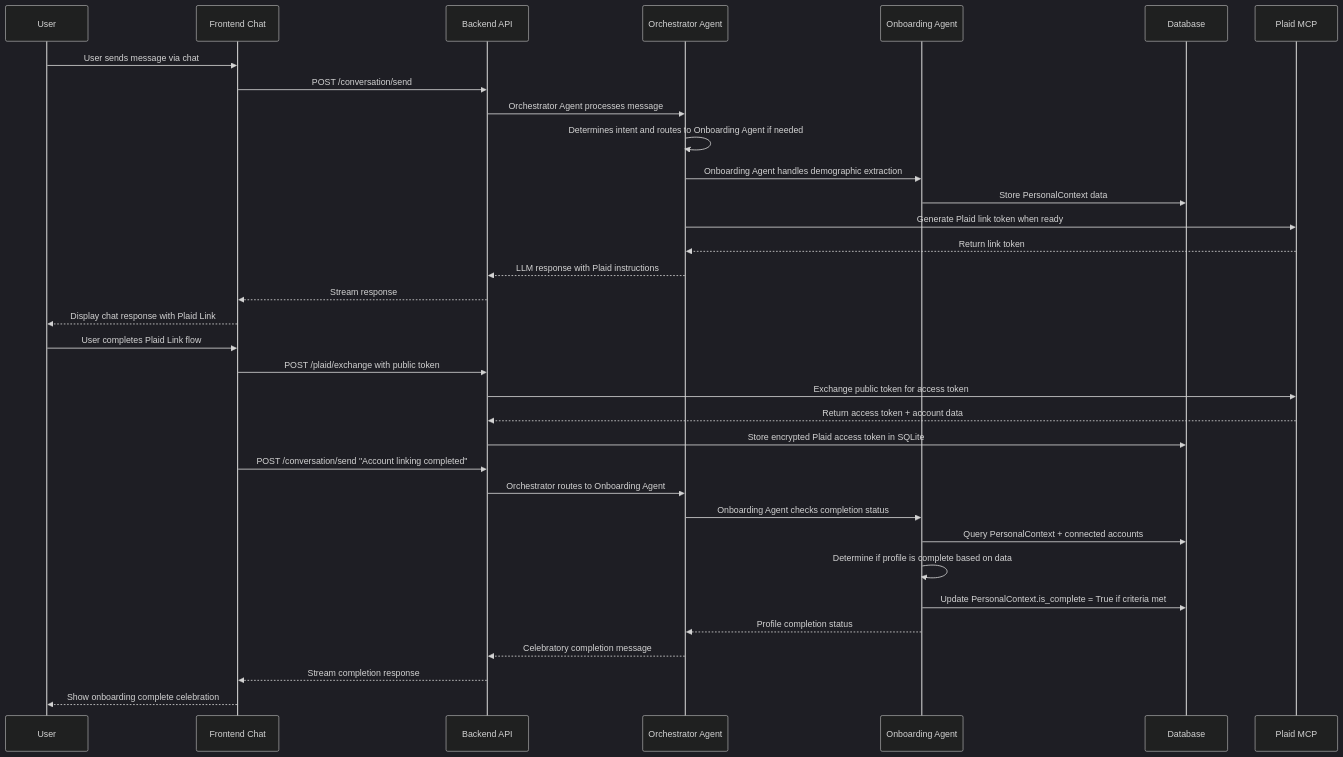
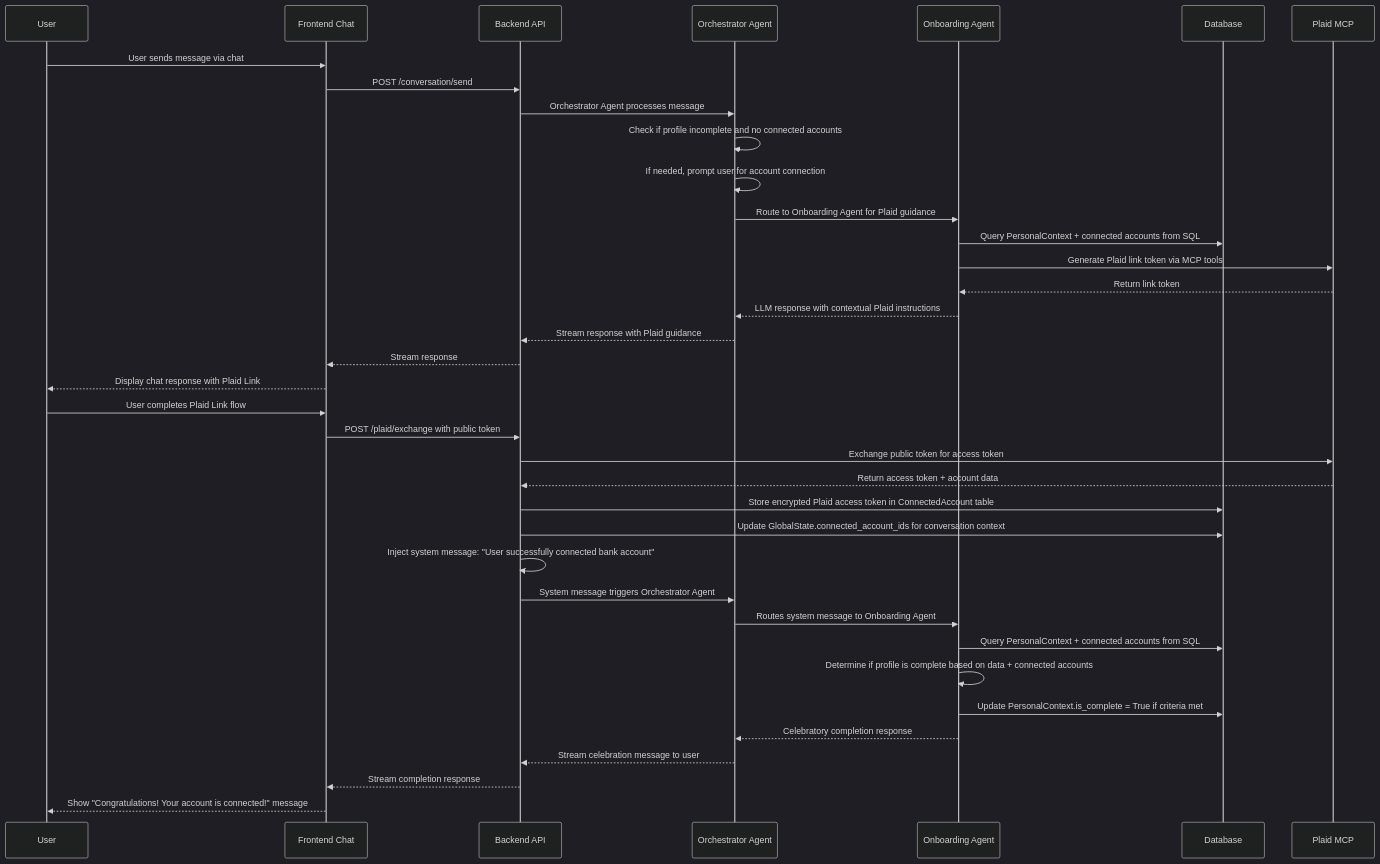
One commit to FinAssistant/financial-assistant changed the second of 2 diagrams in docs/stories/2.1a.story.md. Above: the diagram before and after it, drawn with Mermaid (dark theme). The commit also changed other lines of this file and 15 other files, not shown here.

First line of the commit message:
Feature/onboarding plaid (#47)

````diff
--- a/docs/stories/2.1a.story.md
+++ b/docs/stories/2.1a.story.md
@@ -163,37 +230,40 @@
 ```mermaid
 sequenceDiagram
     participant U as User
     participant F as Frontend Chat
     participant B as Backend API
     participant O as Orchestrator Agent
     participant L as Onboarding Agent
     participant DB as Database
     participant P as Plaid MCP
 
     U->>F: User sends message via chat
     F->>B: POST /conversation/send
     B->>O: Orchestrator Agent processes message
-    O->>O: Determines intent and routes to Onboarding Agent if needed
-    O->>L: Onboarding Agent handles demographic extraction
-    L->>DB: Store PersonalContext data
-    O->>P: Generate Plaid link token when ready
-    P-->>O: Return link token
-    O-->>B: LLM response with Plaid instructions
+    O->>O: Check if profile incomplete and no connected accounts
+    O->>O: If needed, prompt user for account connection
+    O->>L: Route to Onboarding Agent for Plaid guidance
+    L->>DB: Query PersonalContext + connected accounts from SQL
+    L->>P: Generate Plaid link token via MCP tools
+    P-->>L: Return link token
+    L-->>O: LLM response with contextual Plaid instructions
+    O-->>B: Stream response with Plaid guidance
     B-->>F: Stream response
     F-->>U: Display chat response with Plaid Link
     U->>F: User completes Plaid Link flow
     F->>B: POST /plaid/exchange with public token
     B->>P: Exchange public token for access token
     P-->>B: Return access token + account data
-    B->>DB: Store encrypted Plaid access token in SQLite
-    F->>B: POST /conversation/send "Account linking completed"
-    B->>O: Orchestrator routes to Onboarding Agent
-    O->>L: Onboarding Agent checks completion status
-    L->>DB: Query PersonalContext + connected accounts
-    L->>L: Determine if profile is complete based on data
+    B->>DB: Store encrypted Plaid access token in ConnectedAccount table
+    B->>DB: Update GlobalState.connected_account_ids for conversation context
+    B->>B: Inject system message: "User successfully connected bank account"
+    B->>O: System message triggers Orchestrator Agent
+    O->>L: Routes system message to Onboarding Agent
+    L->>DB: Query PersonalContext + connected accounts from SQL
+    L->>L: Determine if profile is complete based on data + connected accounts
     L->>DB: Update PersonalContext.is_complete = True if criteria met
-    L-->>O: Profile completion status
-    O-->>B: Celebratory completion message
+    L-->>O: Celebratory completion response
+    O-->>B: Stream celebration message to user
     B-->>F: Stream completion response
-    F-->>U: Show onboarding complete celebration
+    F-->>U: Show "Congratulations! Your account is connected!" message
 ```
````
